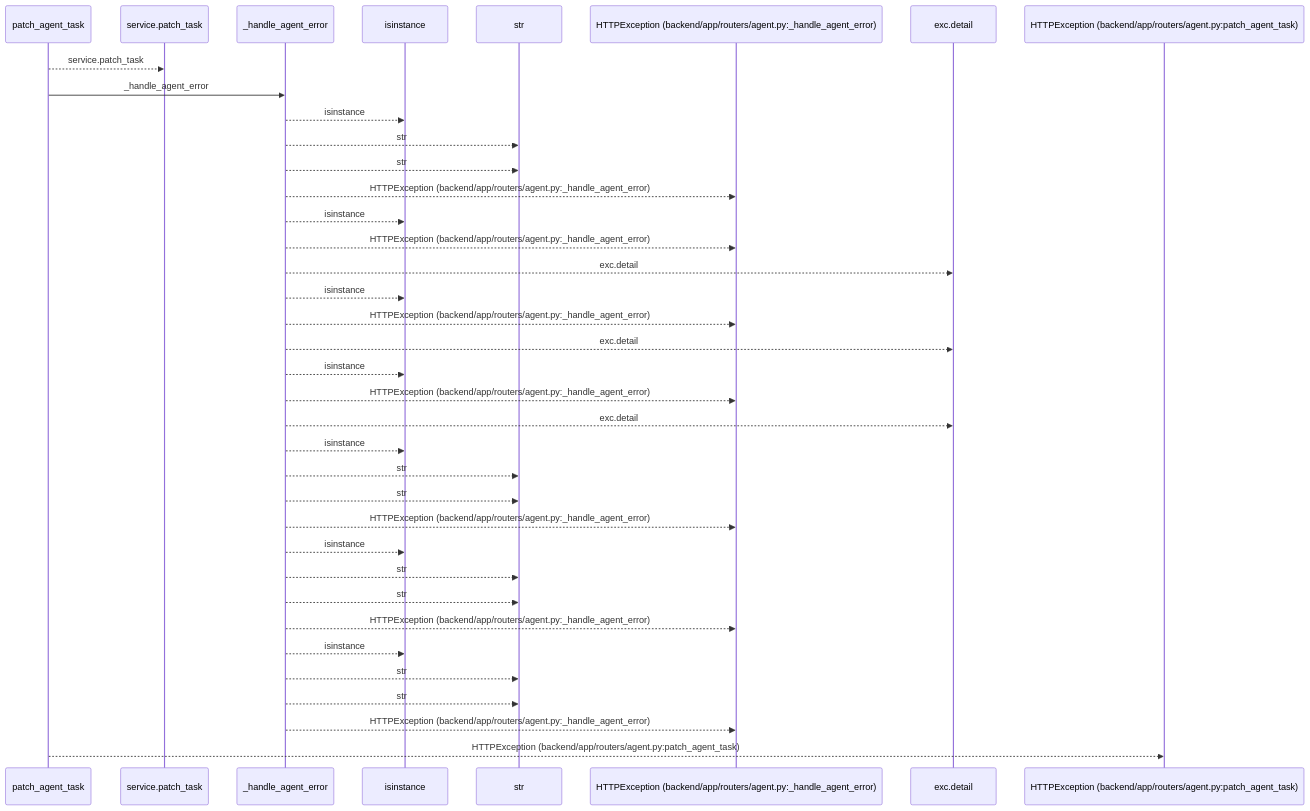
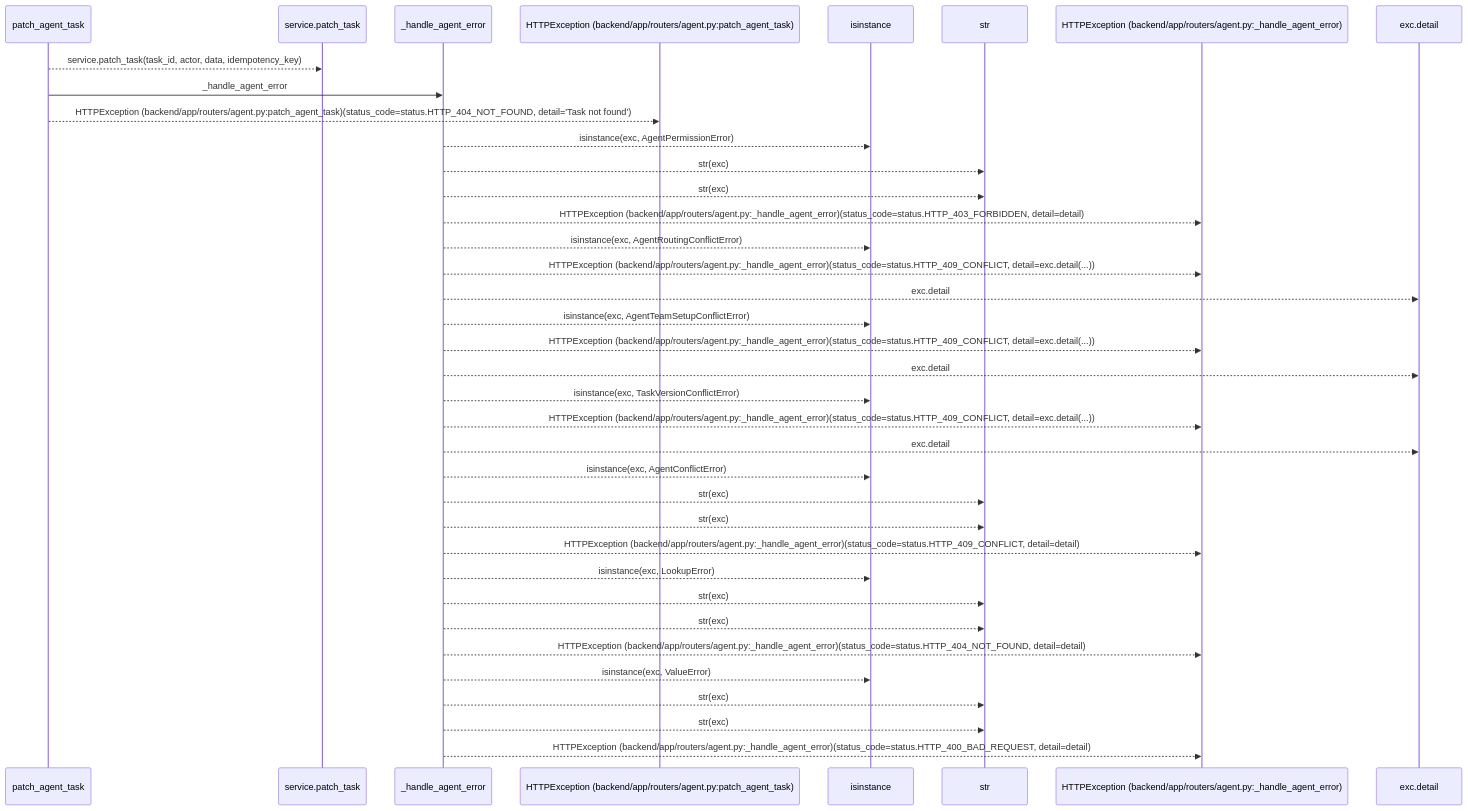
Before and after one commit to Denissvgn/WorkChord: the first of 2 diagrams in docs/llm_wiki/flows/http-patch_agent_task.md, drawn with Mermaid. The commit also changed other lines of this file and 25171 other files, not shown here.

````diff
--- a/docs/llm_wiki/flows/http-patch_agent_task.md
+++ b/docs/llm_wiki/flows/http-patch_agent_task.md
@@ -10,39 +12,39 @@
 ```mermaid
 sequenceDiagram
     participant p0 as patch_agent_task
     participant p1 as service.patch_task
     participant p2 as _handle_agent_error
-    participant p3 as isinstance
-    participant p4 as str
-    participant p5 as HTTPException (backend/app/routers/agent.py:_handle_agent_error)
-    participant p6 as exc.detail
-    participant p7 as HTTPException (backend/app/routers/agent.py:patch_agent_task)
-    p0-->>p1: service.patch_task
+    participant p3 as HTTPException (backend/app/routers/agent.py:patch_agent_task)
+    participant p4 as isinstance
+    participant p5 as str
+    participant p6 as HTTPException (backend/app/routers/agent.py:_handle_agent_error)
+    participant p7 as exc.detail
+    p0-->>p1: service.patch_task(task_id, actor, data, idempotency_key)
     p0->>p2: _handle_agent_error
-    p2-->>p3: isinstance
-    p2-->>p4: str
-    p2-->>p4: str
-    p2-->>p5: HTTPException (backend/app/routers/agent.py:_handle_agent_error)
-    p2-->>p3: isinstance
-    p2-->>p5: HTTPException (backend/app/routers/agent.py:_handle_agent_error)
-    p2-->>p6: exc.detail
-    p2-->>p3: isinstance
-    p2-->>p5: HTTPException (backend/app/routers/agent.py:_handle_agent_error)
-    p2-->>p6: exc.detail
-    p2-->>p3: isinstance
-    p2-->>p5: HTTPException (backend/app/routers/agent.py:_handle_agent_error)
-    p2-->>p6: exc.detail
-    p2-->>p3: isinstance
-    p2-->>p4: str
-    p2-->>p4: str
-    p2-->>p5: HTTPException (backend/app/routers/agent.py:_handle_agent_error)
-    p2-->>p3: isinstance
-    p2-->>p4: str
-    p2-->>p4: str
-    p2-->>p5: HTTPException (backend/app/routers/agent.py:_handle_agent_error)
-    p2-->>p3: isinstance
-    p2-->>p4: str
-    p2-->>p4: str
-    p2-->>p5: HTTPException (backend/app/routers/agent.py:_handle_agent_error)
-    p0-->>p7: HTTPException (backend/app/routers/agent.py:patch_agent_task)
+    p0-->>p3: HTTPException (backend/app/routers/agent.py:patch_agent_task)(status_code=status.HTTP_404_NOT_FOUND, detail='Task not found')
+    p2-->>p4: isinstance(exc, AgentPermissionError)
+    p2-->>p5: str(exc)
+    p2-->>p5: str(exc)
+    p2-->>p6: HTTPException (backend/app/routers/agent.py:_handle_agent_error)(status_code=status.HTTP_403_FORBIDDEN, detail=detail)
+    p2-->>p4: isinstance(exc, AgentRoutingConflictError)
+    p2-->>p6: HTTPException (backend/app/routers/agent.py:_handle_agent_error)(status_code=status.HTTP_409_CONFLICT, detail=exc.detail(...))
+    p2-->>p7: exc.detail
+    p2-->>p4: isinstance(exc, AgentTeamSetupConflictError)
+    p2-->>p6: HTTPException (backend/app/routers/agent.py:_handle_agent_error)(status_code=status.HTTP_409_CONFLICT, detail=exc.detail(...))
+    p2-->>p7: exc.detail
+    p2-->>p4: isinstance(exc, TaskVersionConflictError)
+    p2-->>p6: HTTPException (backend/app/routers/agent.py:_handle_agent_error)(status_code=status.HTTP_409_CONFLICT, detail=exc.detail(...))
+    p2-->>p7: exc.detail
+    p2-->>p4: isinstance(exc, AgentConflictError)
+    p2-->>p5: str(exc)
+    p2-->>p5: str(exc)
+    p2-->>p6: HTTPException (backend/app/routers/agent.py:_handle_agent_error)(status_code=status.HTTP_409_CONFLICT, detail=detail)
+    p2-->>p4: isinstance(exc, LookupError)
+    p2-->>p5: str(exc)
+    p2-->>p5: str(exc)
+    p2-->>p6: HTTPException (backend/app/routers/agent.py:_handle_agent_error)(status_code=status.HTTP_404_NOT_FOUND, detail=detail)
+    p2-->>p4: isinstance(exc, ValueError)
+    p2-->>p5: str(exc)
+    p2-->>p5: str(exc)
+    p2-->>p6: HTTPException (backend/app/routers/agent.py:_handle_agent_error)(status_code=status.HTTP_400_BAD_REQUEST, detail=detail)
 ```
````
